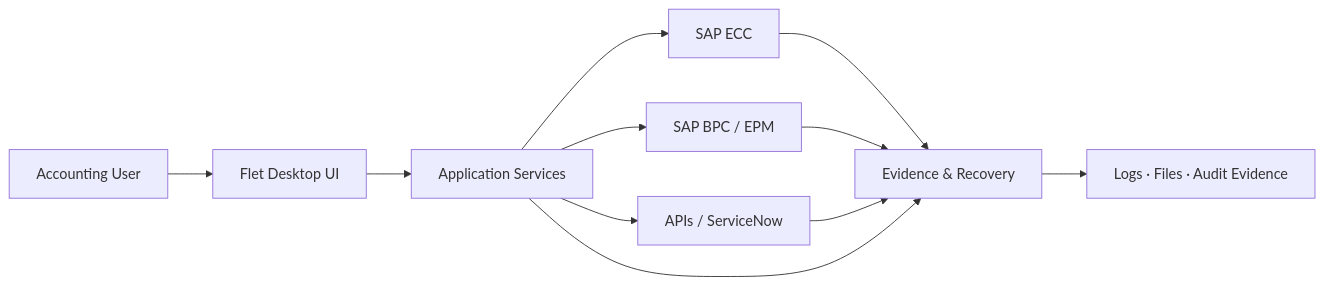
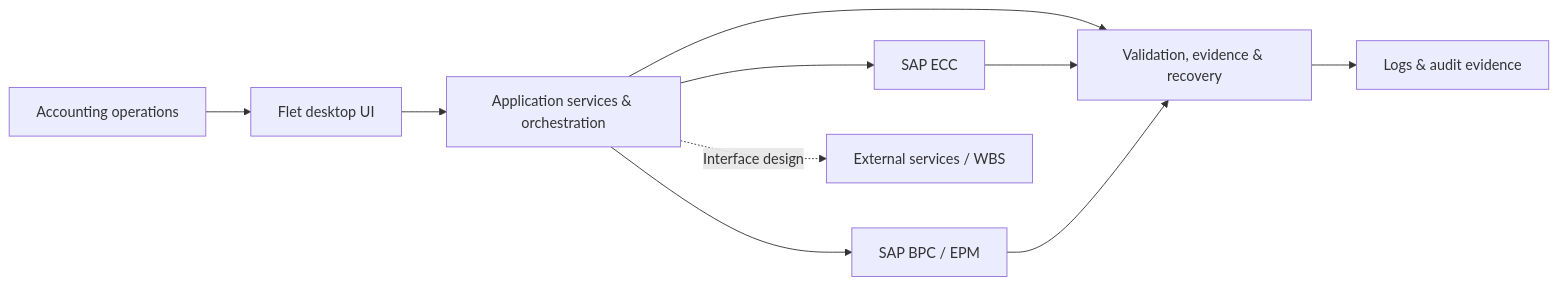
One commit to RamonRDR/RamonRDR changed the first of 2 diagrams in README.md. Above: the diagram before and after it, drawn with Mermaid. The commit also changed other lines of this file, not shown here.

````diff
--- a/README.md
+++ b/README.md
@@ -69,16 +83,12 @@
-```mermaid
+~~~mermaid
 flowchart LR
-    U[Accounting User] --> UI[Flet Desktop UI]
-    UI --> S[Application Services]
-
-    S --> SAP[SAP ECC]
-    S --> BPC[SAP BPC / EPM]
-    S --> API[APIs / ServiceNow]
-
-    SAP --> E[Evidence & Recovery]
-    BPC --> E
-    API --> E
-    S --> E
-
-    E --> O[Logs · Files · Audit Evidence]
-```
+    USER["Accounting operations"] --> UI["Flet desktop UI"]
+    UI --> CORE["Application services & orchestration"]
+    CORE --> SAP["SAP ECC"]
+    CORE --> BPC["SAP BPC / EPM"]
+    CORE -. "Interface design" .-> EXT["External services / WBS"]
+    CORE --> SAFE["Validation, evidence & recovery"]
+    SAP --> SAFE
+    BPC --> SAFE
+    SAFE --> LOG["Logs & audit evidence"]
+~~~
````
